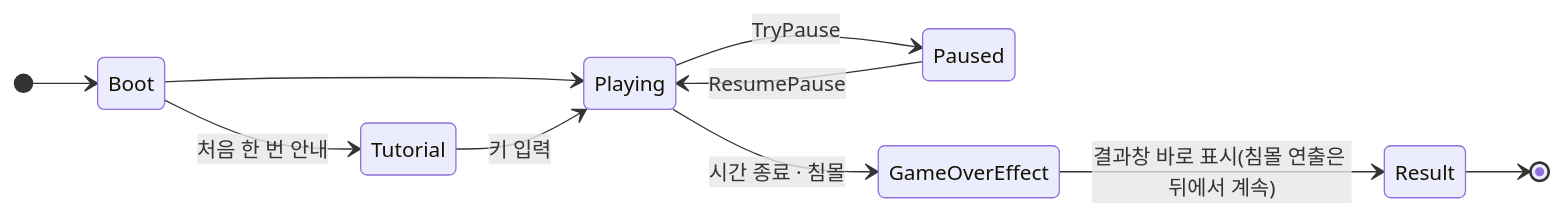
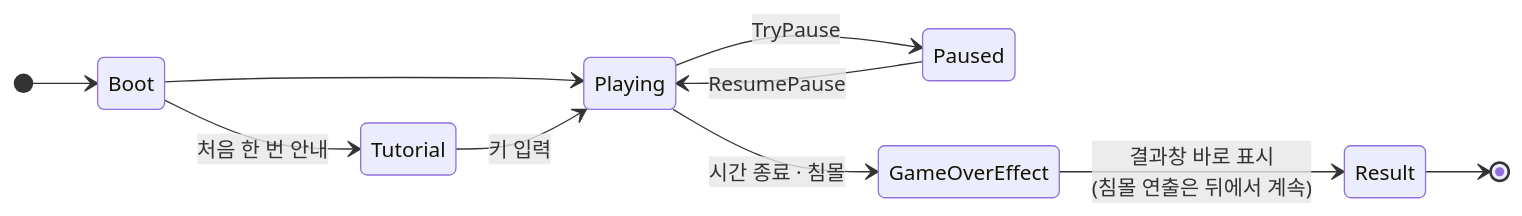
The third of 7 diagrams in src/2-project-babel/기술문서.md (ashadeveloperr/ashadeveloperr.github.io), drawn with Mermaid before and after one commit. The commit also changed 9 other files, not shown here.

Commit message:
다이어그램 엔진 반영: 화살표 직각·%% 격자·%% 화살표, mermaid 11.12.0 (작업 저장소 3057f25)

````diff
--- a/src/2-project-babel/기술문서.md
+++ b/src/2-project-babel/기술문서.md
@@ -137,16 +137,20 @@
 ```mermaid
 stateDiagram-v2
   direction LR
+  %% 격자: root_start Boot Tutorial | Paused Playing - | - GameOverEffect - | - Result - | - root_end -
+  %% 화살표 Tutorial -> Playing: 나감=아래 들어감=오른쪽
+  %% 선 글자: 한 줄
+  %% 격자 열 간격: 120
   %% StageFlowController.cs 74~105
   [*] --> Boot
   Boot --> Tutorial : 처음 한 번 안내
   Boot --> Playing
   Tutorial --> Playing : 키 입력
   %% StageFlowController.cs 51~72
   Playing --> Paused : TryPause
   Paused --> Playing : ResumePause
   %% GameManager.cs 158, 373 · StageFlowController.cs 107~126
   Playing --> GameOverEffect : 시간 종료 · 침몰
-  GameOverEffect --> Result : 결과창 바로 표시(침몰 연출은 뒤에서 계속)
+  GameOverEffect --> Result : 결과창 바로 표시<br>(침몰 연출은 뒤에서 계속)
   Result --> [*]
 ```
````
